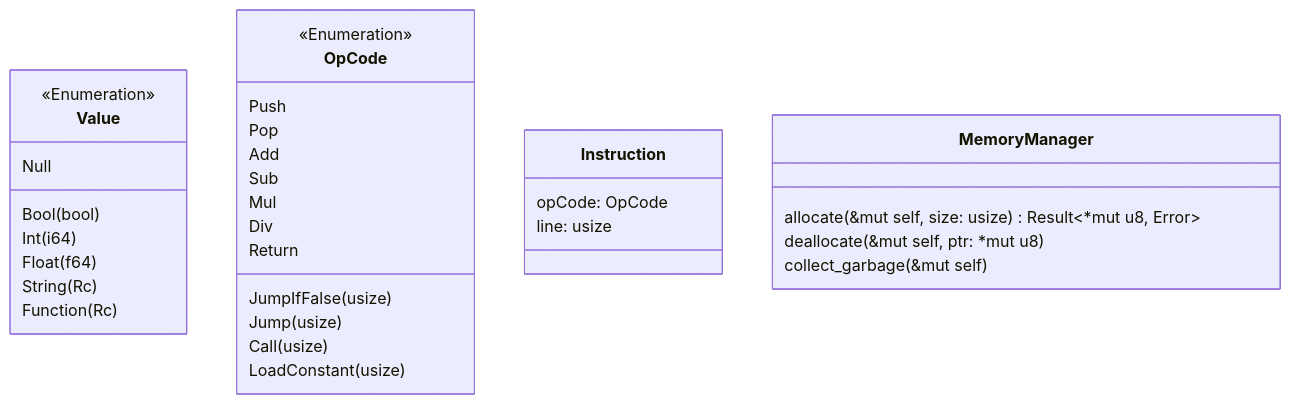
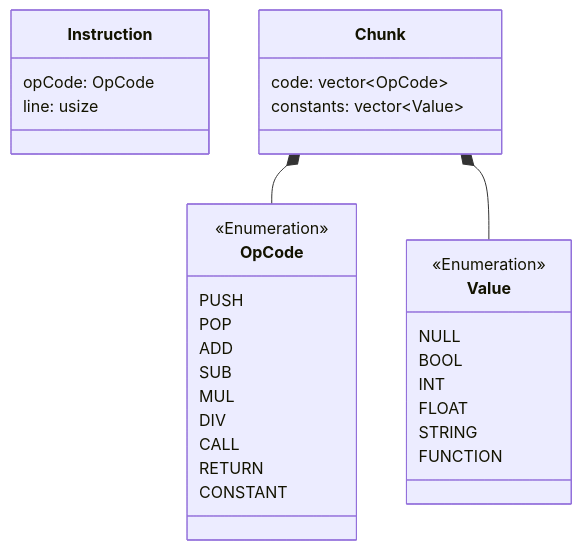
Before and after one commit to R4DEONN/Prima: the diagram in backend/README.md, drawn with Mermaid. The commit also changed other lines of this file, not shown here.

Commit message:
Начал описывать документашку к виртуалке

````diff
--- a/backend/README.md
+++ b/backend/README.md
@@ -12,38 +16,38 @@
 ```mermaid
 classDiagram
     class Value {
         <<Enumeration>>
-        Null
-        Bool(bool)
-        Int(i64)
-        Float(f64)
-        String(Rc<String>)
-        Function(Rc<Function>)
+        NULL
+        BOOL
+        INT
+        FLOAT
+        STRING
+        FUNCTION
     }
 
     class OpCode {
         <<Enumeration>>
-        Push
-        Pop
-        Add
-        Sub
-        Mul
-        Div
-        JumpIfFalse(usize)
-        Jump(usize)
-        Call(usize)
-        Return
-        LoadConstant(usize)
+        PUSH
+        POP
+        ADD
+        SUB
+        MUL
+        DIV
+        CALL
+        RETURN
+        CONSTANT
     }
 
     class Instruction {
         opCode: OpCode
         line: usize
     }
     
-    class MemoryManager {
-        allocate(&mut self, size: usize) Result<*mut u8, Error>
-        deallocate(&mut self, ptr: *mut u8)
-        collect_garbage(&mut self)
+    class Chunk {
+        code: vector~OpCode~
+        constants: vector~Value~
     }
+
+    Chunk *-- OpCode
+    Chunk *-- Value
 ```
````
